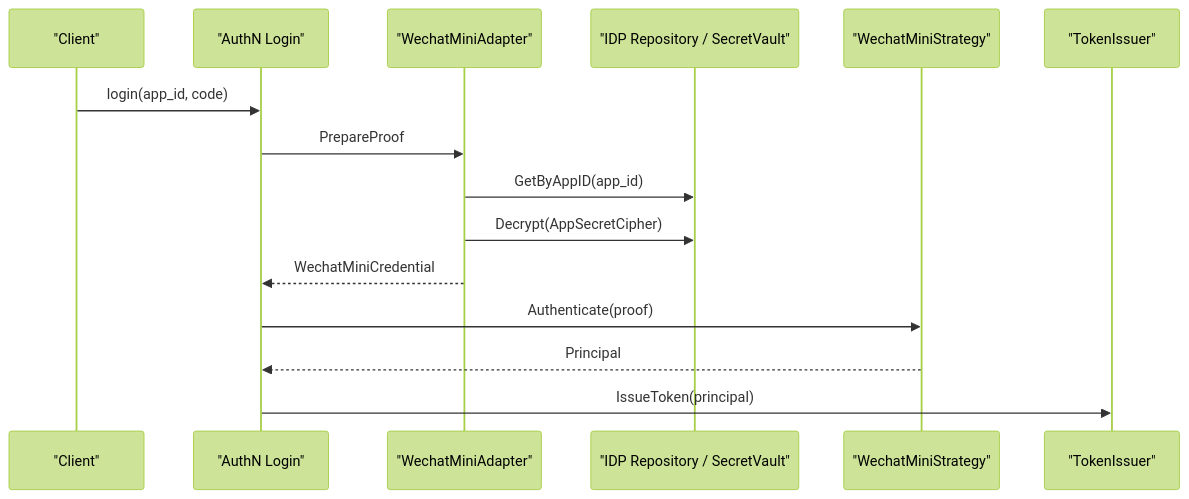
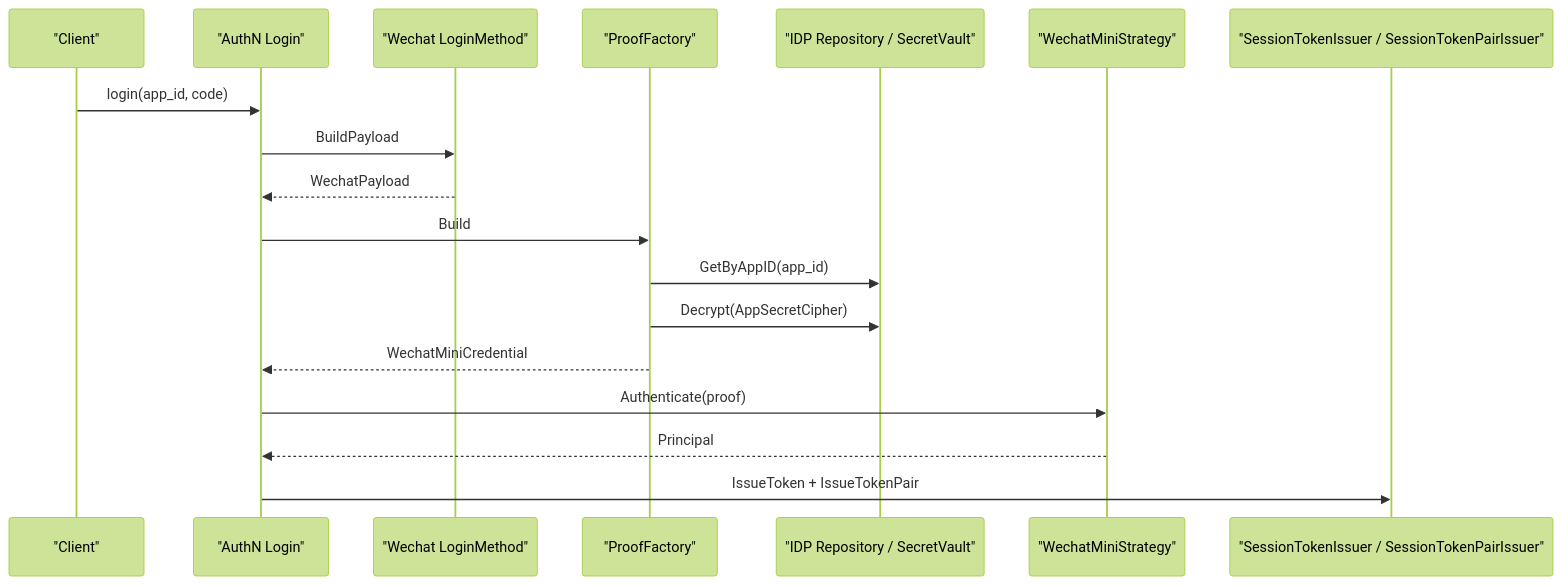
The second of 2 diagrams in docs/07-专题分析/08-为什么IDP只做身份源基础设施.md (FangcunMount/iam), drawn with Mermaid (forest theme) before and after one commit. The commit also changed other lines of this file and 18 other files, not shown here.

````diff
--- a/docs/07-专题分析/08-为什么IDP只做身份源基础设施.md
+++ b/docs/07-专题分析/08-为什么IDP只做身份源基础设施.md
@@ -366,18 +366,21 @@
 ```mermaid
 sequenceDiagram
     participant Client as "Client"
     participant AuthN as "AuthN Login"
-    participant Adapter as "WechatMiniAdapter"
+    participant Method as "Wechat LoginMethod"
+    participant Proof as "ProofFactory"
     participant IDP as "IDP Repository / SecretVault"
     participant Strategy as "WechatMiniStrategy"
-    participant Token as "TokenIssuer"
+    participant Token as "SessionTokenIssuer / SessionTokenPairIssuer"
 
     Client->>AuthN: login(app_id, code)
-    AuthN->>Adapter: PrepareProof
-    Adapter->>IDP: GetByAppID(app_id)
-    Adapter->>IDP: Decrypt(AppSecretCipher)
-    Adapter-->>AuthN: WechatMiniCredential
+    AuthN->>Method: BuildPayload
+    Method-->>AuthN: WechatPayload
+    AuthN->>Proof: Build
+    Proof->>IDP: GetByAppID(app_id)
+    Proof->>IDP: Decrypt(AppSecretCipher)
+    Proof-->>AuthN: WechatMiniCredential
     AuthN->>Strategy: Authenticate(proof)
     Strategy-->>AuthN: Principal
-    AuthN->>Token: IssueToken(principal)
+    AuthN->>Token: IssueToken + IssueTokenPair
 ```
````
